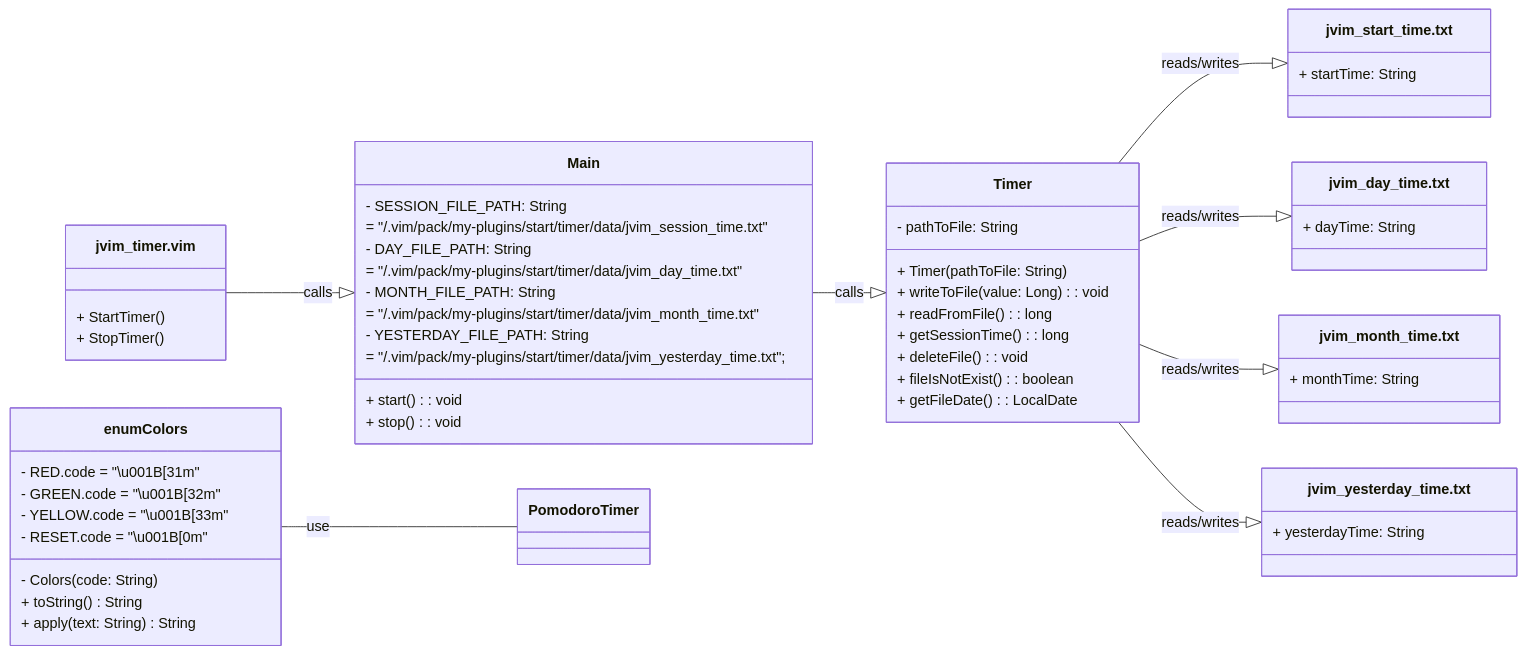
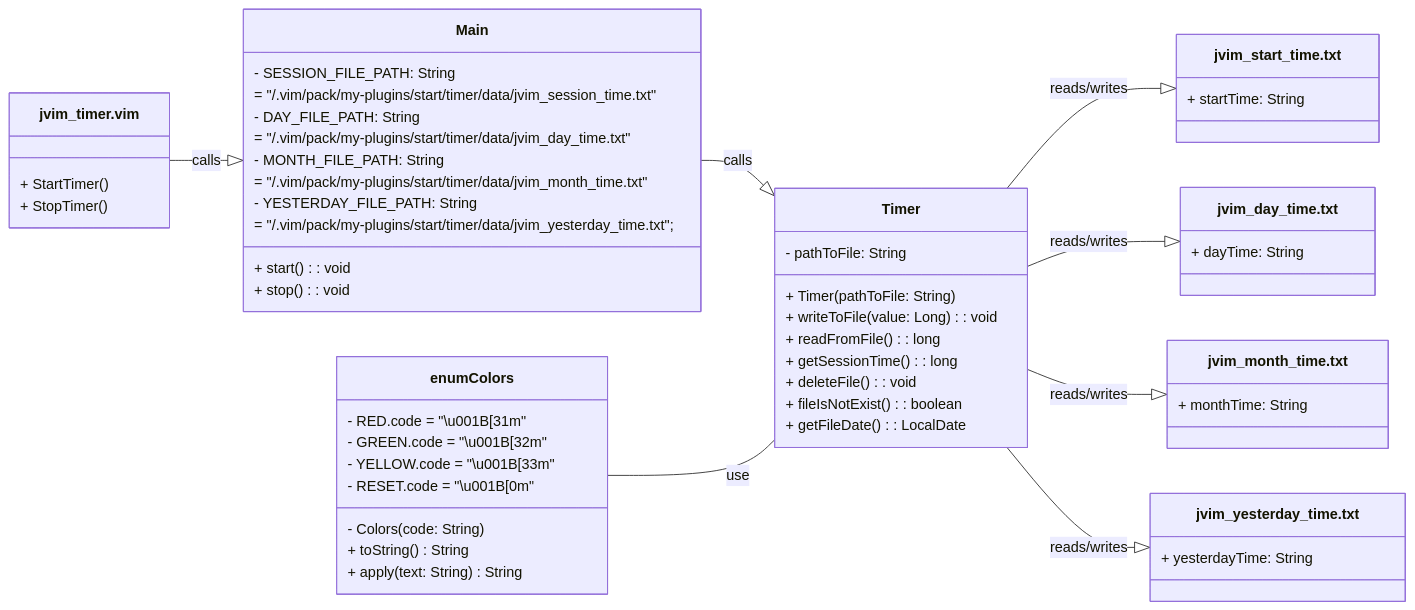
The first of 2 diagrams in timer/README.md (AlexandrAnatoliev/jvim-plugins), drawn with Mermaid before and after one commit. The commit also changed other lines of this file, not shown here.

````diff
--- a/timer/README.md
+++ b/timer/README.md
@@ -151,67 +151,67 @@
 ```mermaid
 classDiagram
   direction LR
   
   class jvim_timer.vim {
     + StartTimer()
     + StopTimer()
   }
 
   class Main {
     - SESSION_FILE_PATH: String 
       = "/.vim/pack/my-plugins/start/timer/data/jvim_session_time.txt"
     - DAY_FILE_PATH: String 
       = "/.vim/pack/my-plugins/start/timer/data/jvim_day_time.txt"
     - MONTH_FILE_PATH: String  
       = "/.vim/pack/my-plugins/start/timer/data/jvim_month_time.txt"
     - YESTERDAY_FILE_PATH: String 
       = "/.vim/pack/my-plugins/start/timer/data/jvim_yesterday_time.txt";
     + start(): void
     + stop(): void
   }
 
   class enum Colors {
     - RED.code = "\u001B[31m"
     - GREEN.code = "\u001B[32m"
     - YELLOW.code = "\u001B[33m"
     - RESET.code = "\u001B[0m"
     - Colors(code: String)
     + toString() String
     + apply(text: String) String
   }
 
   class Timer {
     - pathToFile: String
     + Timer(pathToFile: String)
     + writeToFile(value: Long): void
     + readFromFile(): long
     + getSessionTime(): long
     + deleteFile(): void
     + fileIsNotExist(): boolean
     + getFileDate(): LocalDate
   }
 
   class jvim_start_time.txt {
     + startTime: String 
   }
 
   class jvim_day_time.txt {
     + dayTime: String
   }
 
   class jvim_month_time.txt {
     + monthTime: String
   }
 
   class jvim_yesterday_time.txt {
     + yesterdayTime: String
   }
 
   jvim_timer.vim --|> Main : calls
   Main --|> Timer : calls
-  enum Colors -- PomodoroTimer : use
+  enum Colors -- Timer : use
   Timer --|> jvim_start_time.txt : reads/writes
   Timer --|> jvim_day_time.txt : reads/writes
   Timer --|> jvim_month_time.txt : reads/writes
   Timer --|> jvim_yesterday_time.txt : reads/writes
 ```
````
